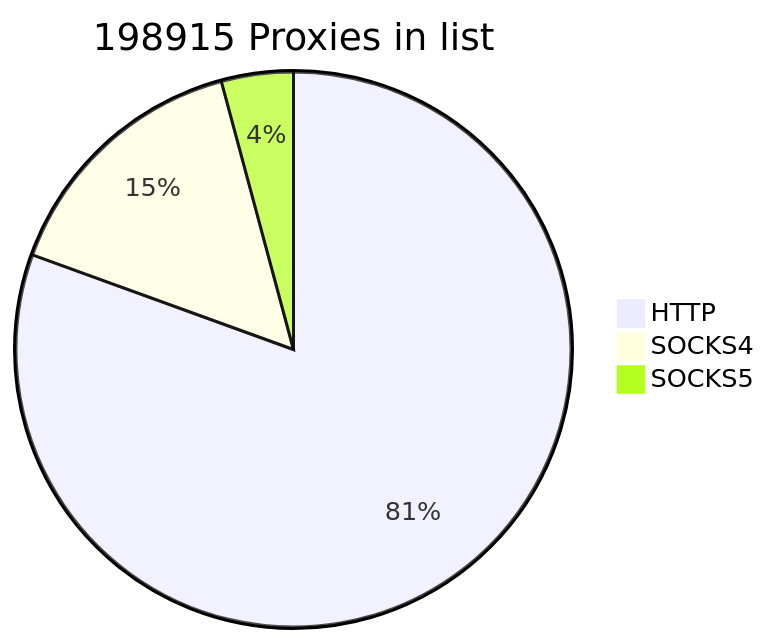
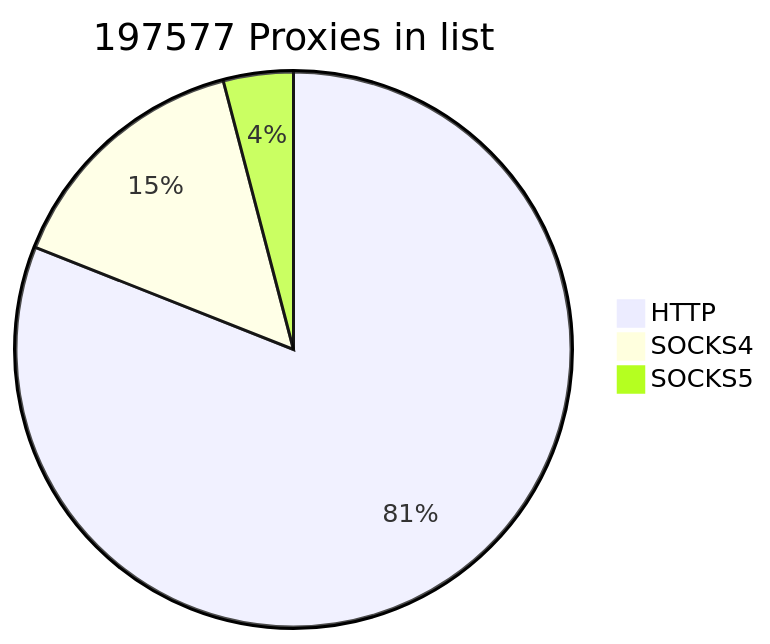
Before and after one commit to cutipu/proxylist: the first of 2 diagrams in README.md, drawn with Mermaid. The commit also changed other lines of this file, not shown here.

````diff
--- a/README.md
+++ b/README.md
@@ -2,7 +2,7 @@
 ```mermaid
-pie title 198915 Proxies in list
-    "HTTP" : 160195
-    "SOCKS4" : 30401
-    "SOCKS5" : 8319
+pie title 197577 Proxies in list
+    "HTTP" : 160040
+    "SOCKS4" : 29497
+    "SOCKS5" : 8040
             
 ```
````
